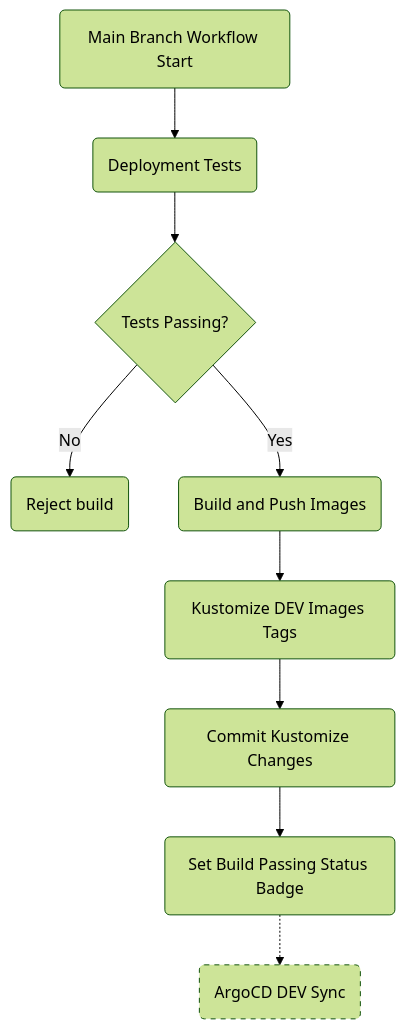
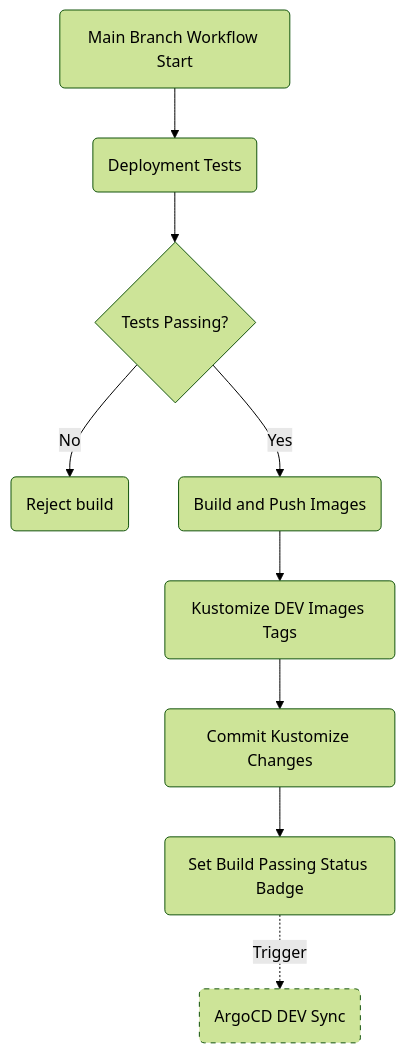
One commit to digitalocean/k8s-adoption-journey changed the fifth of 6 diagrams in docs/05-ci-cd/setup-continuous-integration.md. Above: the diagram before and after it, drawn with Mermaid (forest theme). The commit also changed other lines of this file and 10 other files, not shown here.

````diff
--- a/docs/05-ci-cd/setup-continuous-integration.md
+++ b/docs/05-ci-cd/setup-continuous-integration.md
@@ -575,12 +590,12 @@
 ```mermaid
 graph TD
 A(Main Branch Workflow Start) --> B(Deployment Tests)
 B --> C{Tests Passing?}
 C -- No --> D(Reject build)
 C -- Yes --> E(Build and Push Images)
 E --> F(Kustomize DEV Images Tags)
 F --> G(Commit Kustomize Changes)
 G --> H(Set Build Passing Status Badge)
-H -.-> I(ArgoCD DEV Sync)
+H -. Trigger .-> I(ArgoCD DEV Sync)
 style I stroke-dasharray: 5 5
 ```
````
